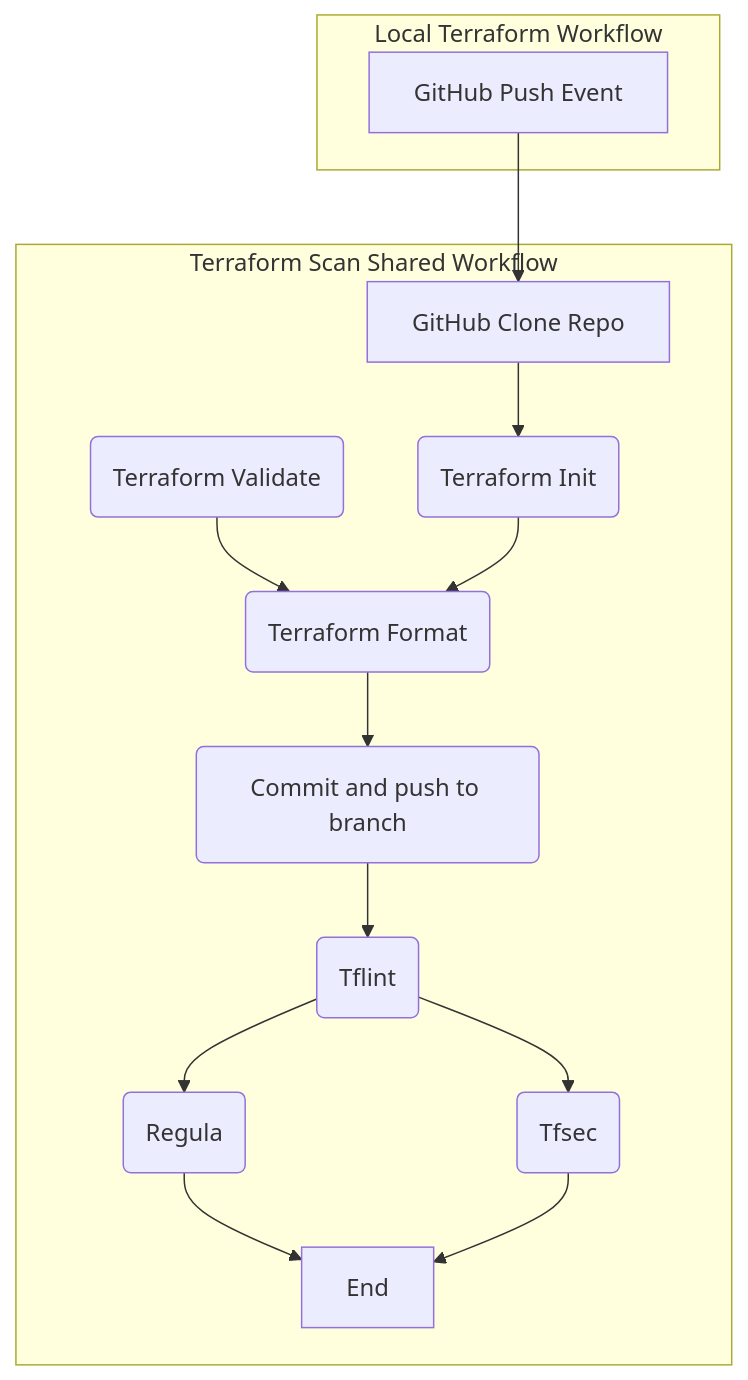
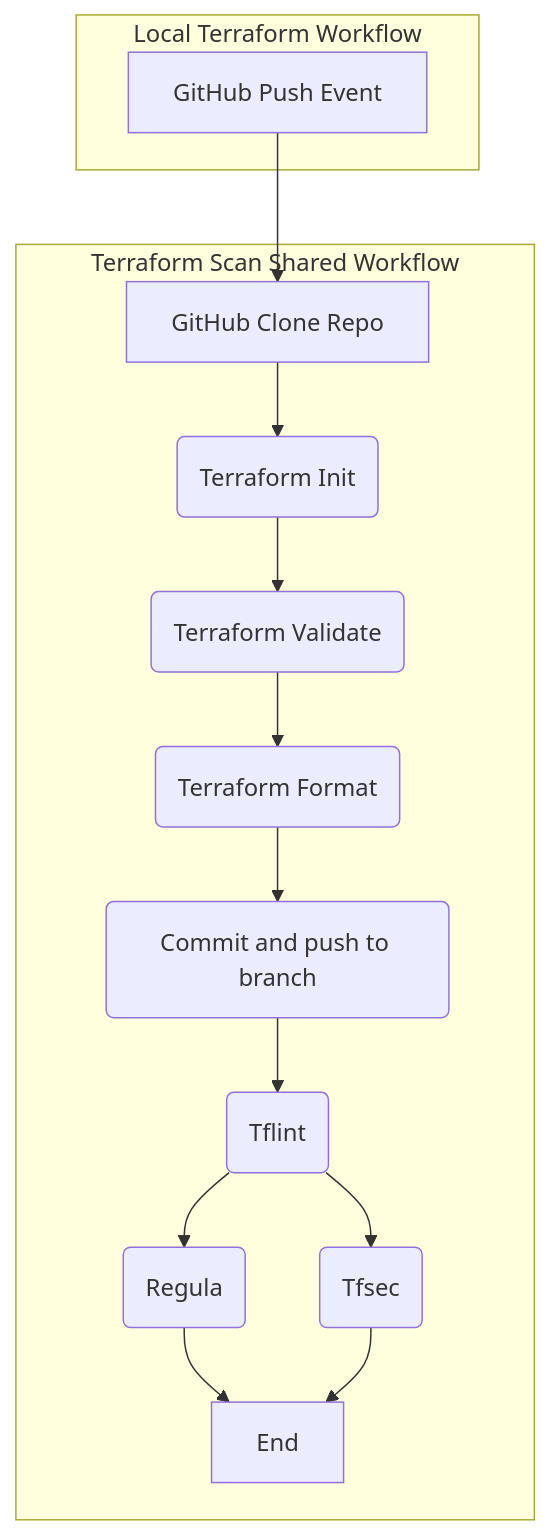
The diagram in documents/terraform/lint-and-scan.md (defenseunicorns/uds-common-workflows), drawn with Mermaid before and after one commit.

Commit message:
fix flow of diagram

````diff
--- a/documents/terraform/lint-and-scan.md
+++ b/documents/terraform/lint-and-scan.md
@@ -68,21 +68,21 @@
 ```mermaid
 flowchart TB
   subgraph "Local Terraform Workflow"
     push[GitHub Push Event]
   end
 
 
   subgraph "Terraform Scan Shared Workflow"
     push --> clone[GitHub Clone Repo]
     clone --> tfinit(Terraform Init)
+    tfinit --> validate
     validate(Terraform Validate) --> fmt(Terraform Format)
     fmt --> inlinecommit(Commit and push to branch)
-    tfinit --> fmt
     inlinecommit --> tflint
     tflint(Tflint) --> tfsec(Tfsec)
     tflint --> regula(Regula)
     regula --> End
     tfsec --> End
   end
 
 ```
````
